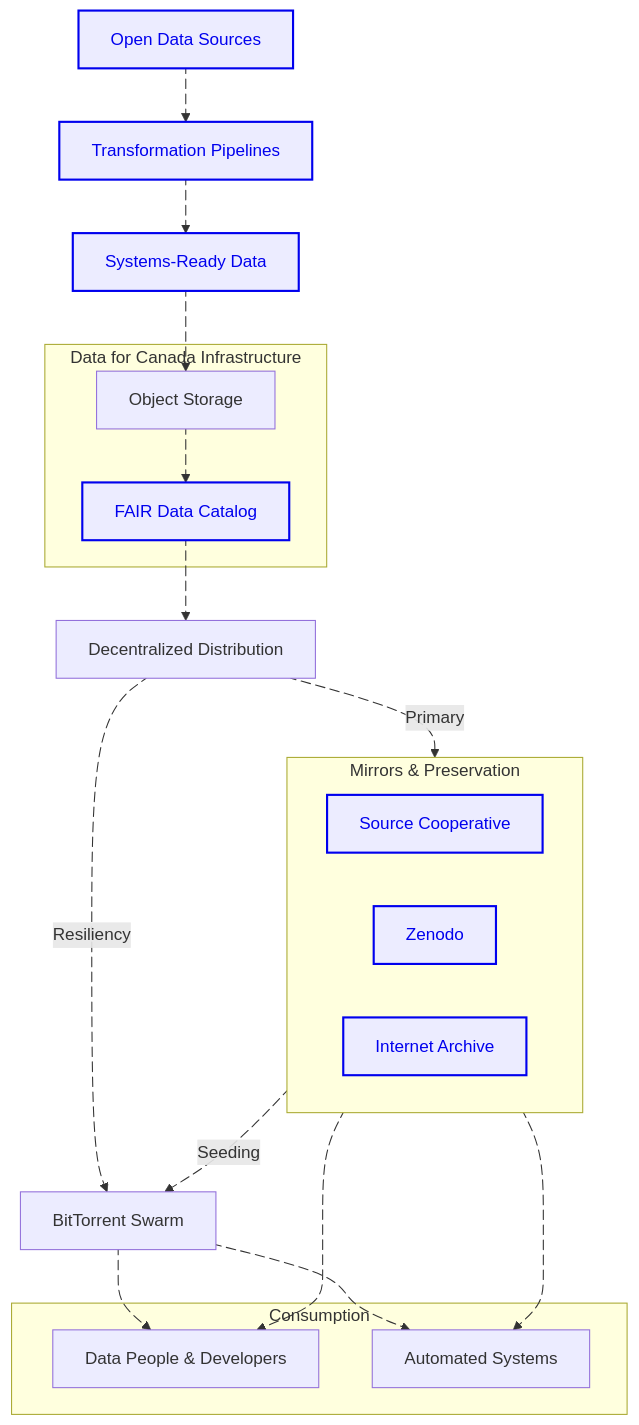
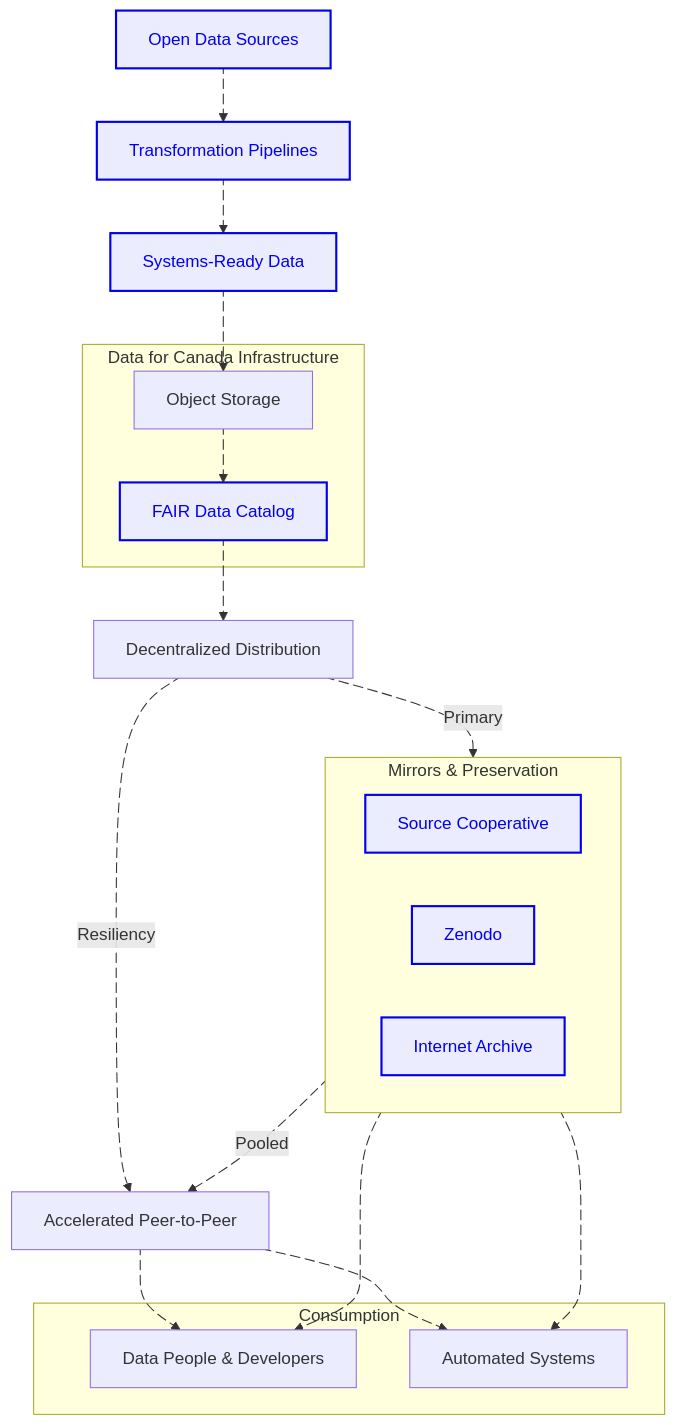
Before and after one commit to dataforcanada/www.dataforcanada.org: the first of 2 diagrams in content/docs/dissemination/_index.md, drawn with Mermaid. The commit also changed other lines of this file, not shown here.

Commit message:
Use generic term for BitTorrent technology

````diff
--- a/content/docs/dissemination/_index.md
+++ b/content/docs/dissemination/_index.md
@@ -14,78 +14,78 @@
 ```mermaid
 flowchart TD
     classDef linkNode stroke:#0000EE,color:#0000EE,stroke-width:2px;
     subgraph mirrors [Mirrors & Preservation]
         SourceCoop[Source Cooperative]
         Zenodo[Zenodo]
         InternetArchive[Internet Archive]
     end
 
     Sources[Open Data Sources]
     Processes[Transformation Pipelines]
     Artifacts[Systems-Ready Data]
     
     subgraph CoreInfra [Data for Canada Infrastructure]
         Portal[Object Storage]
         Metadata[FAIR Data Catalog]
     end
     
     Distribution[Decentralized Distribution]
-    Torrent[BitTorrent Swarm]
+    Torrent[Accelerated Peer-to-Peer]
     
     subgraph Consumers [Consumption]
         Users[Data People & Developers]
         Systems[Automated Systems]
     end
 
     %% Flow with Animations
     Sources a1@--> Processes
     a1@{animate: true, animation: slow}
     
     Processes a2@--> Artifacts
     a2@{animate: true, animation: slow}
     
     Artifacts a3@--> Portal
     a3@{animate: true, animation: slow}
     
     Portal a4@--> Metadata
     a4@{animate: true, animation: fast}
     
     Metadata a5@--> Distribution
     a5@{animate: true, animation: fast}
 
     %% Distribution Logic
     Distribution a7@-.->|Primary| mirrors
     a7@{animate: true, animation: slow}
     
     Distribution a8@-.->|Resiliency| Torrent
     a8@{animate: true, animation: slow}
 
     %% Mirror Connections
     mirrors a12@--> Users
     a12@{animate: true, animation: slow}
     
     mirrors a13@--> Systems
     a13@{animate: true, animation: slow}
     
-    mirrors a9@-.->|Seeding| Torrent
+    mirrors a9@-.->|Pooled| Torrent
     a9@{animate: true, animation: fast}
 
     %% Torrent Connections
     Torrent a10@--> Users
     a10@{animate: true, animation: fast}
     
     Torrent a11@--> Systems
     a11@{animate: true, animation: fast}
 
     %% Click Actions
     click Sources "https://www.dataforcanada.org/#high-level-overview/" _blank
     click Processes "https://www.dataforcanada.org/docs/processes/" _blank
     click Artifacts "https://www.dataforcanada.org/docs/getting_started/" _blank
     click Metadata "https://stac-utils.github.io/stac-geoparquet/latest/spec/stac-geoparquet-spec/" _blank
     click Zenodo "https://zenodo.org/communities/dataforcanada/" _blank
     click SourceCoop "https://source.coop/dataforcanada/" _blank
     click InternetArchive "https://archive.org/details/@diegoripley/uploads/" _blank
 
     %% APPLY STYLES TO LINKED NODES
     class Sources,Processes,Artifacts,Metadata,SourceCoop,Zenodo,InternetArchive linkNode
 ```
````
